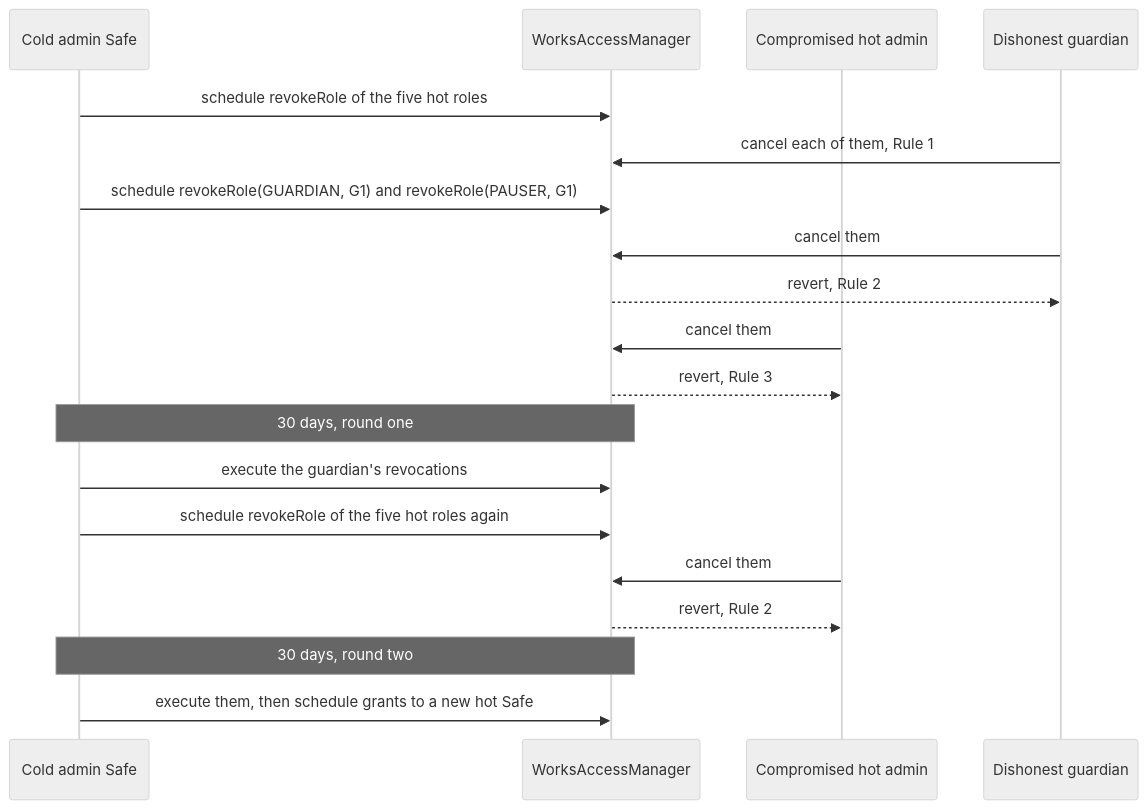
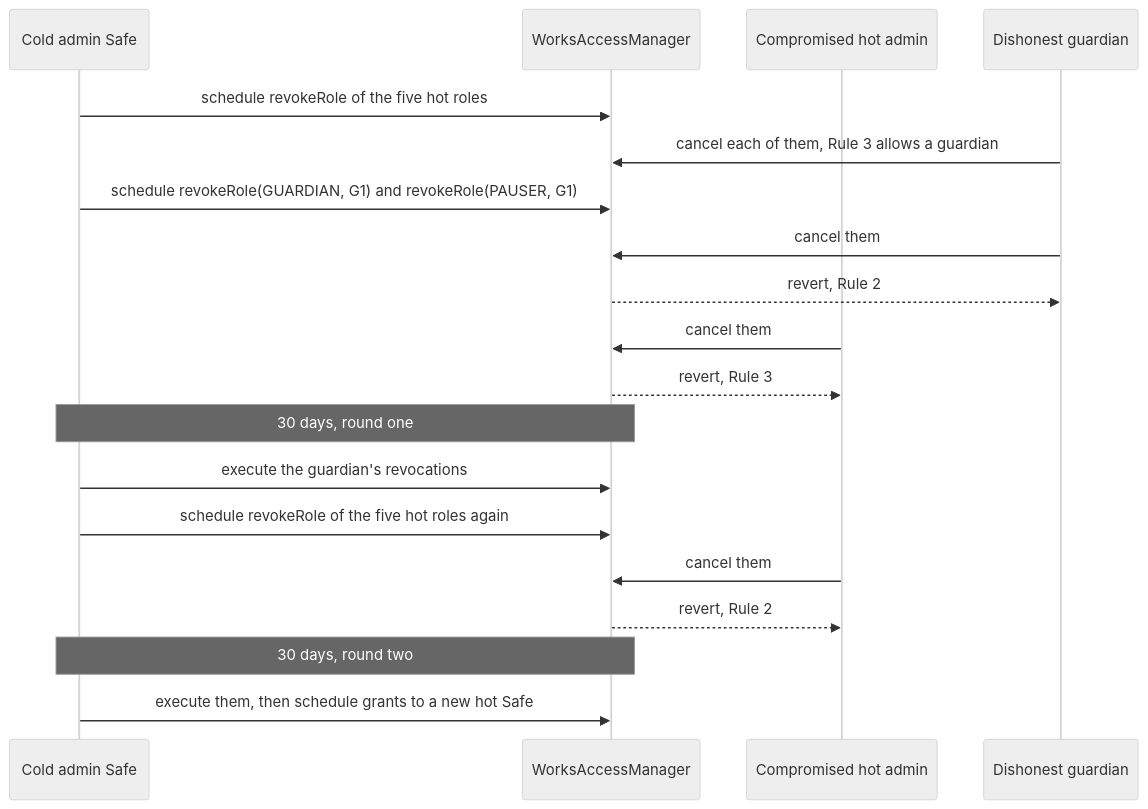
One commit to 6529-Collections/6529-works changed the tenth of 10 diagrams in docs/spec/governance.md. Above: the diagram before and after it, drawn with Mermaid (neutral theme). The commit also changed other lines of this file and 36 other files, not shown here.

````diff
--- a/docs/spec/governance.md
+++ b/docs/spec/governance.md
@@ -833,21 +573,21 @@
 ```mermaid
 sequenceDiagram
     participant Cold as Cold admin Safe
     participant M as WorksAccessManager
     participant Hot as Compromised hot admin
     participant G1 as Dishonest guardian
     Cold->>M: schedule revokeRole of the five hot roles
-    G1->>M: cancel each of them, Rule 1
+    G1->>M: cancel each of them, Rule 3 allows a guardian
     Cold->>M: schedule revokeRole(GUARDIAN, G1) and revokeRole(PAUSER, G1)
     G1->>M: cancel them
     M-->>G1: revert, Rule 2
     Hot->>M: cancel them
     M-->>Hot: revert, Rule 3
     Note over Cold,M: 30 days, round one
     Cold->>M: execute the guardian's revocations
     Cold->>M: schedule revokeRole of the five hot roles again
     Hot->>M: cancel them
     M-->>Hot: revert, Rule 2
     Note over Cold,M: 30 days, round two
     Cold->>M: execute them, then schedule grants to a new hot Safe
 ```
````
